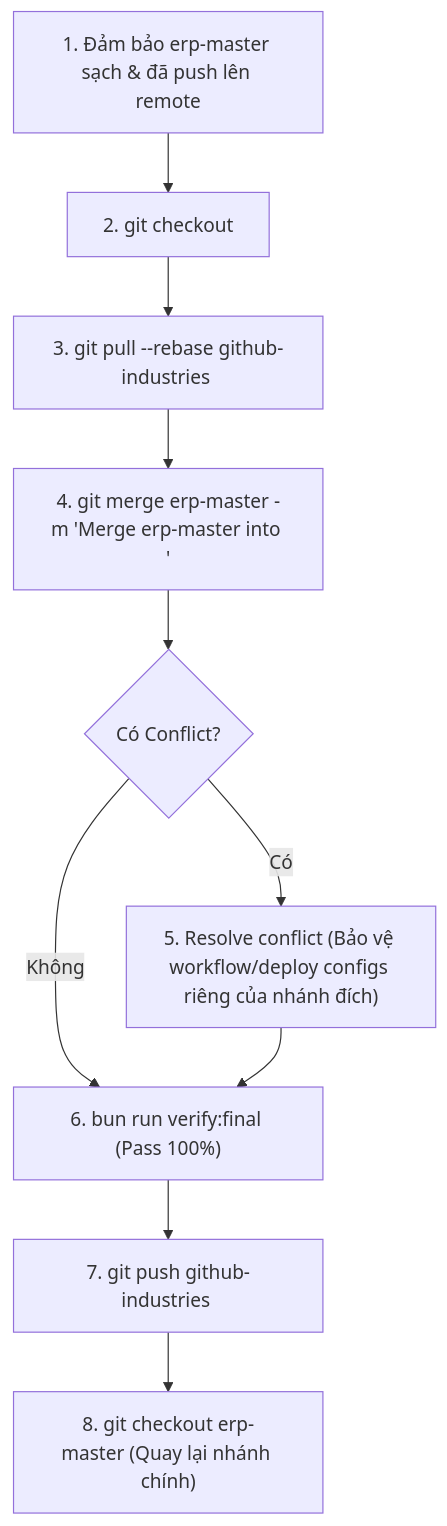
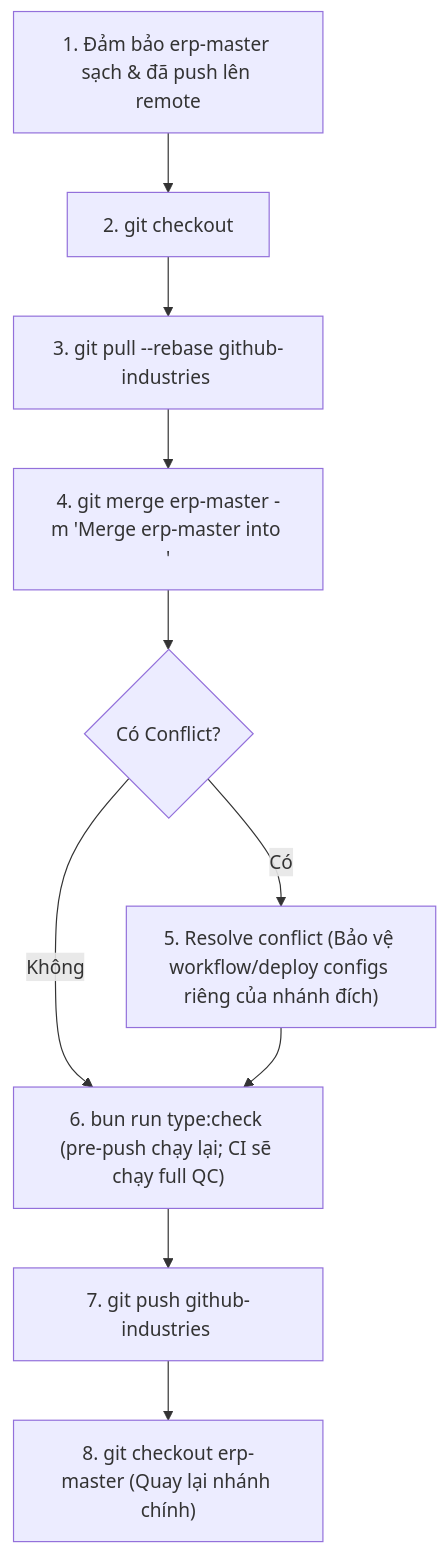
The third of 3 diagrams in .agents/workflows/erp-git-workflow.md (kindustries-erp/erp-web), drawn with Mermaid before and after one commit. The commit also changed other lines of this file and 7 other files, not shown here.

First line of the commit message:
ci(erp-web): pre-commit chạy vitest related, pre-push chỉ type-check, bỏ marker Final Gate

````diff
--- a/.agents/workflows/erp-git-workflow.md
+++ b/.agents/workflows/erp-git-workflow.md
@@ -153,12 +147,12 @@
 ```mermaid
 graph TD
     M1["1. Đảm bảo erp-master sạch & đã push lên remote"] --> M2["2. git checkout <target-branch>"]
     M2 --> M3["3. git pull --rebase github-industries <target-branch>"]
     M3 --> M4["4. git merge erp-master -m 'Merge erp-master into <target-branch>'"]
     M4 --> M5{"Có Conflict?"}
     M5 -- Có --> M6["5. Resolve conflict (Bảo vệ workflow/deploy configs riêng của nhánh đích)"]
-    M5 -- Không --> M7["6. bun run verify:final (Pass 100%)"]
+    M5 -- Không --> M7["6. bun run type:check (pre-push chạy lại; CI sẽ chạy full QC)"]
     M6 --> M7
     M7 --> M8["7. git push github-industries <target-branch>"]
     M8 --> M9["8. git checkout erp-master (Quay lại nhánh chính)"]
 ```
````
